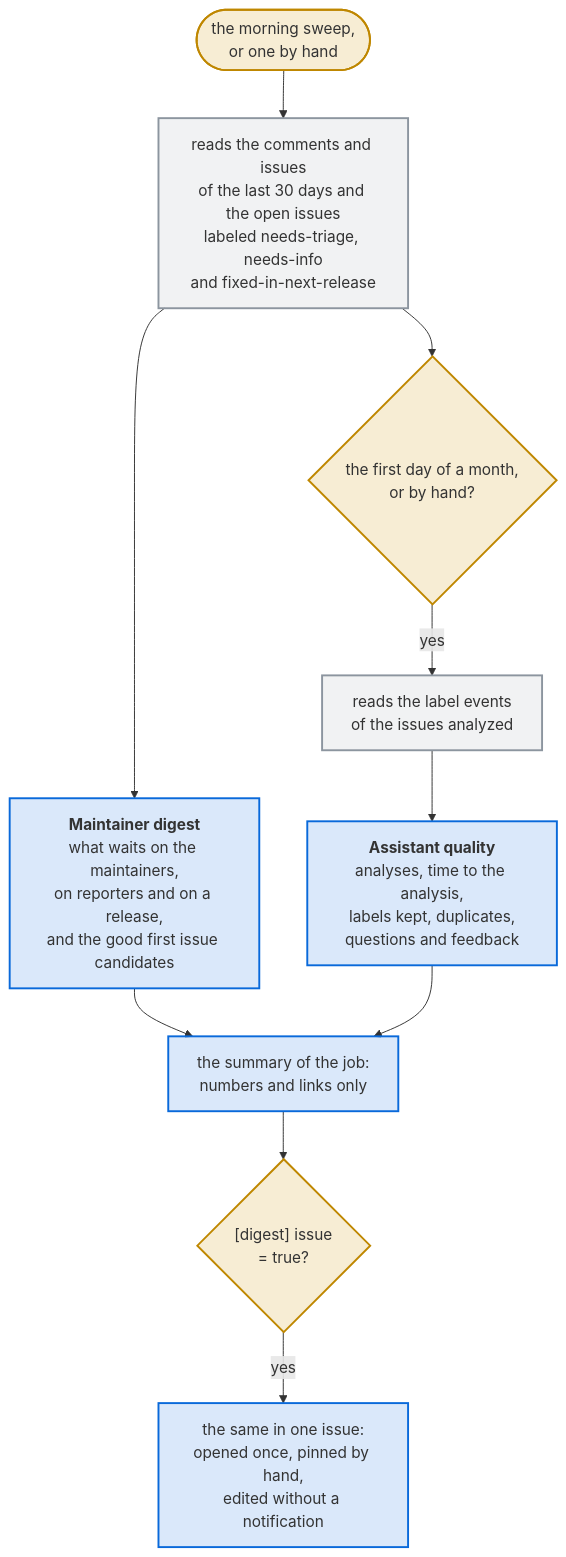
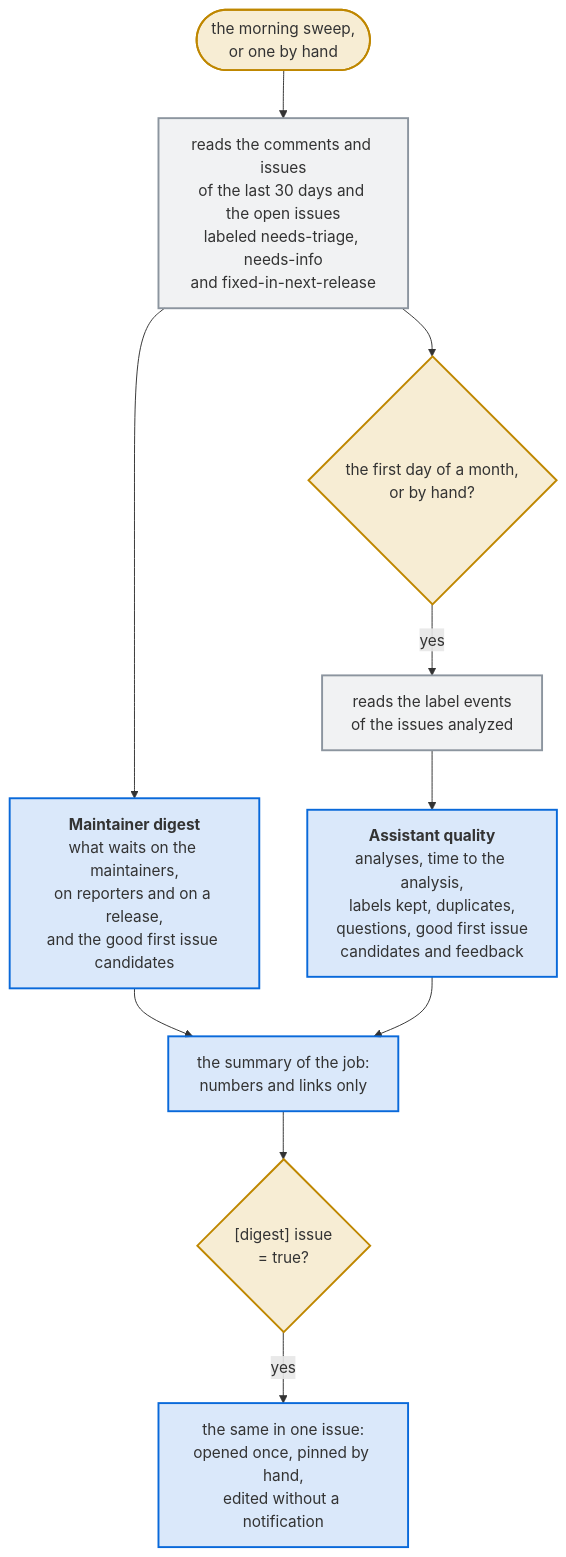
Before and after one commit to Dennis-Otto/issue-assistant: the diagram in docs/diagrams/what-the-morning-sweep-tells-the-maintainers.mmd, drawn with Mermaid. The commit also changed 10 other files, not shown here.

```diff
--- a/docs/diagrams/what-the-morning-sweep-tells-the-maintainers.mmd
+++ b/docs/diagrams/what-the-morning-sweep-tells-the-maintainers.mmd
@@ -1,20 +1,20 @@
 flowchart TB
   accTitle: What the morning sweep tells the maintainers
   accDescr: After its steps, the morning sweep, or one started by hand, reads the comments and issues of the last 30 days and the open issues labeled needs-triage, needs-info and fixed-in-next-release. Its summary lists the issues that wait on the maintainers, those that wait on their reporters with the day of the reminder or the closing, and the fixed ones that wait for a release, and, where labels.toml has labels of the group contribution, the issues that a maintainer could offer to newcomers. On the first day of a month, and in a sweep started by hand, it reads the label events of the issues analyzed in those 30 days and adds the numbers of the assistant's quality. The summary holds numbers and links only, never the text of an issue. With the setting issue of the section digest, the sweep keeps the same in one issue, which it opens once and edits after that.
   sweep(["the morning sweep,<br>or one by hand"]) --> reads["reads the comments and issues<br>of the last 30 days and the open issues<br>labeled needs-triage, needs-info<br>and fixed-in-next-release"]
   reads --> digest["`**Maintainer digest**<br>what waits on the maintainers,<br>on reporters and on a release,<br>and the good first issue candidates`"]
   reads --> monthly{"the first day of a month,<br>or by hand?"}
   monthly -- "yes" --> events["reads the label events<br>of the issues analyzed"]
-  events --> quality["`**Assistant quality**<br>analyses, time to the analysis,<br>labels kept, duplicates,<br>questions and feedback`"]
+  events --> quality["`**Assistant quality**<br>analyses, time to the analysis,<br>labels kept, duplicates,<br>questions, good first issue<br>candidates and feedback`"]
   digest --> summary["the summary of the job:<br>numbers and links only"]
   quality --> summary
   summary --> asked{"[digest] issue<br>= true?"}
   asked -- "yes" --> issue["the same in one issue:<br>opened once, pinned by hand,<br>edited without a notification"]
   classDef trigger fill:#d4a72c33,stroke:#bf8700,stroke-width:2px
   classDef question fill:#d4a72c33,stroke:#bf8700,stroke-width:2px
   classDef job fill:#8c959f1f,stroke:#8c959f,stroke-width:2px
   classDef person fill:#0969da26,stroke:#0969da,stroke-width:2px
   class sweep trigger
   class monthly,asked question
   class reads,events job
   class digest,quality,summary,issue person
```
